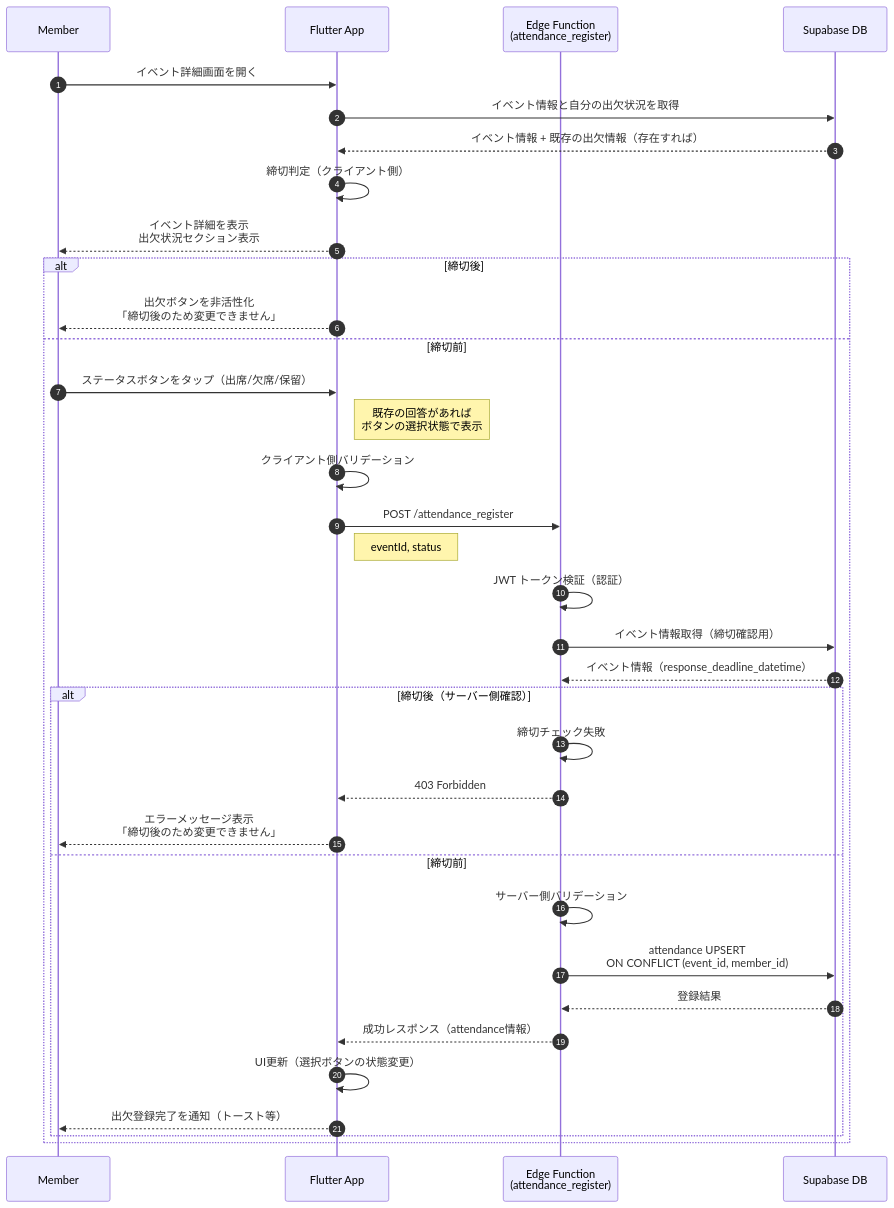
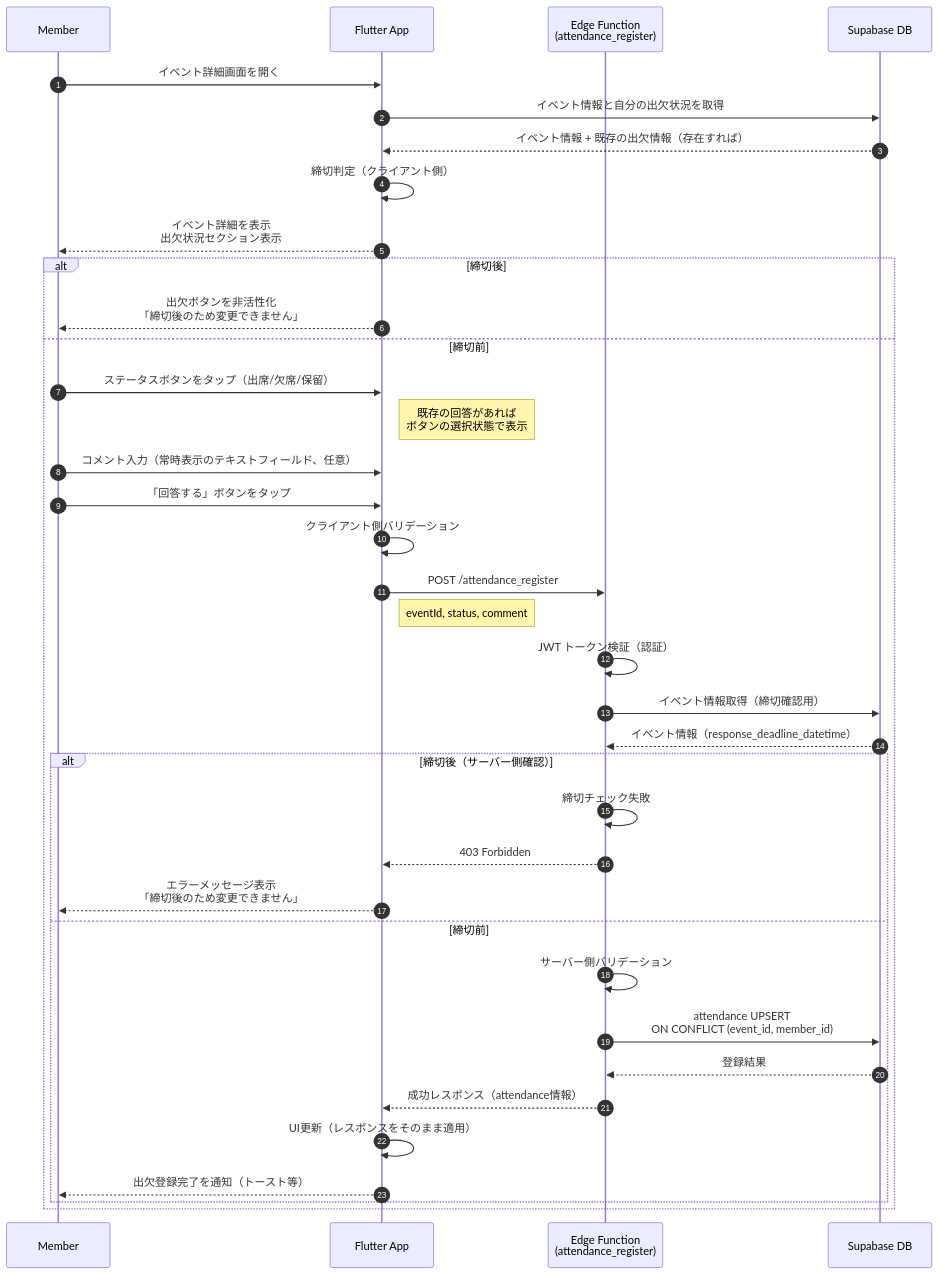
One commit to kerokerotur/banars-app changed the diagram in docs/DESIGN_DOCS/attendance/attendance_register.md. Above: the diagram before and after it, drawn with Mermaid. The commit also changed other lines of this file and 28 other files, not shown here.

````diff
--- a/docs/DESIGN_DOCS/attendance/attendance_register.md
+++ b/docs/DESIGN_DOCS/attendance/attendance_register.md
@@ -5,42 +5,44 @@
 ```mermaid
 sequenceDiagram
     autonumber
     participant Member as Member
     participant App as Flutter App
     participant Edge as Edge Function<br>(attendance_register)
     participant DB as Supabase DB
 
     Member->>App: イベント詳細画面を開く
     App->>DB: イベント情報と自分の出欠状況を取得
     DB-->>App: イベント情報 + 既存の出欠情報（存在すれば）
     App->>App: 締切判定（クライアント側）
     App-->>Member: イベント詳細を表示<br>出欠状況セクション表示
 
     alt 締切後
         App-->>Member: 出欠ボタンを非活性化<br>「締切後のため変更できません」
     else 締切前
         Member->>App: ステータスボタンをタップ（出席/欠席/保留）
         Note right of App: 既存の回答があれば<br>ボタンの選択状態で表示
+        Member->>App: コメント入力（常時表示のテキストフィールド、任意）
+        Member->>App: 「回答する」ボタンをタップ
 
         App->>App: クライアント側バリデーション
         App->>Edge: POST /attendance_register
-        Note right of App: eventId, status
+        Note right of App: eventId, status, comment
 
         Edge->>Edge: JWT トークン検証（認証）
         Edge->>DB: イベント情報取得（締切確認用）
         DB-->>Edge: イベント情報（response_deadline_datetime）
 
         alt 締切後（サーバー側確認）
             Edge->>Edge: 締切チェック失敗
             Edge-->>App: 403 Forbidden
             App-->>Member: エラーメッセージ表示<br>「締切後のため変更できません」
         else 締切前
             Edge->>Edge: サーバー側バリデーション
             Edge->>DB: attendance UPSERT<br>ON CONFLICT (event_id, member_id)
             DB-->>Edge: 登録結果
             Edge-->>App: 成功レスポンス（attendance情報）
-            App->>App: UI更新（選択ボタンの状態変更）
+            App->>App: UI更新（レスポンスをそのまま適用）
             App-->>Member: 出欠登録完了を通知（トースト等）
         end
     end
 ```
````
